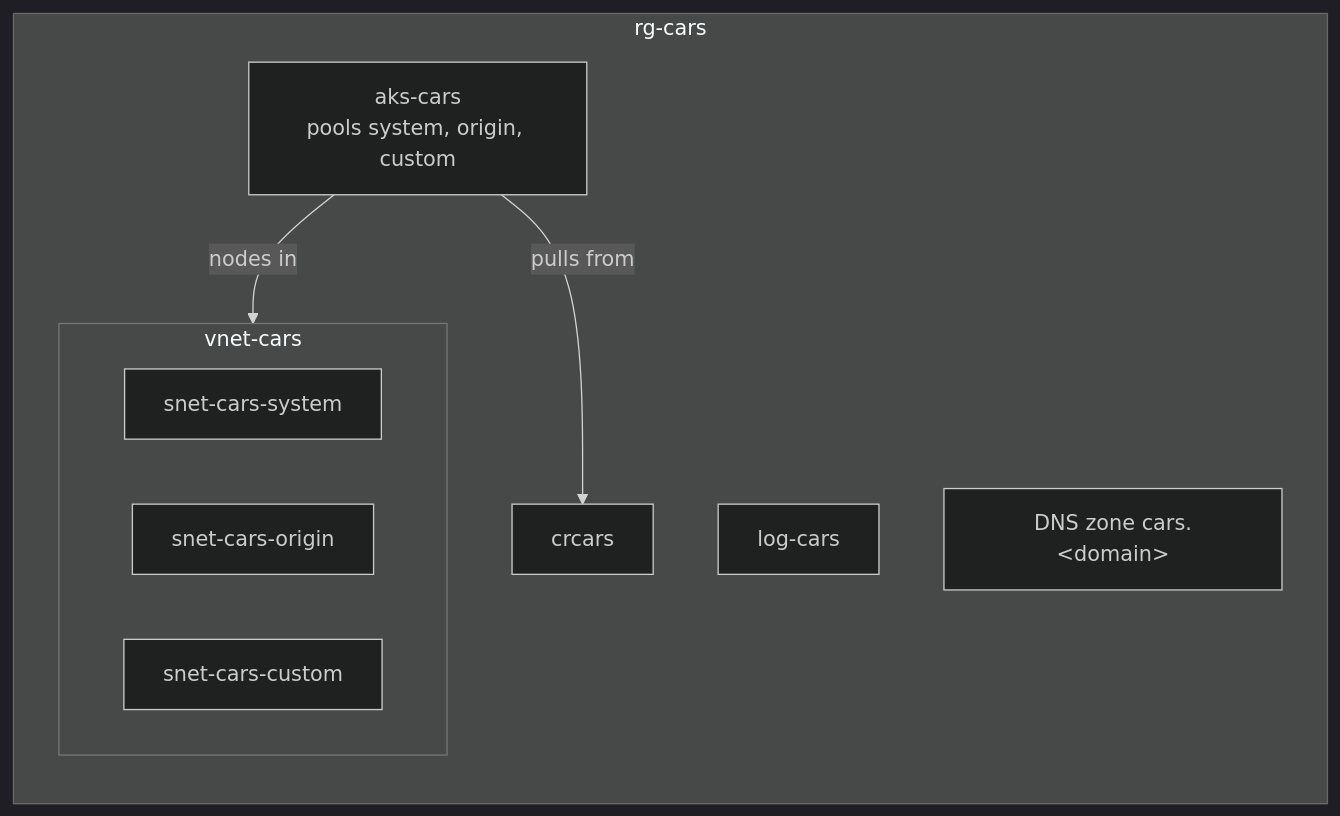
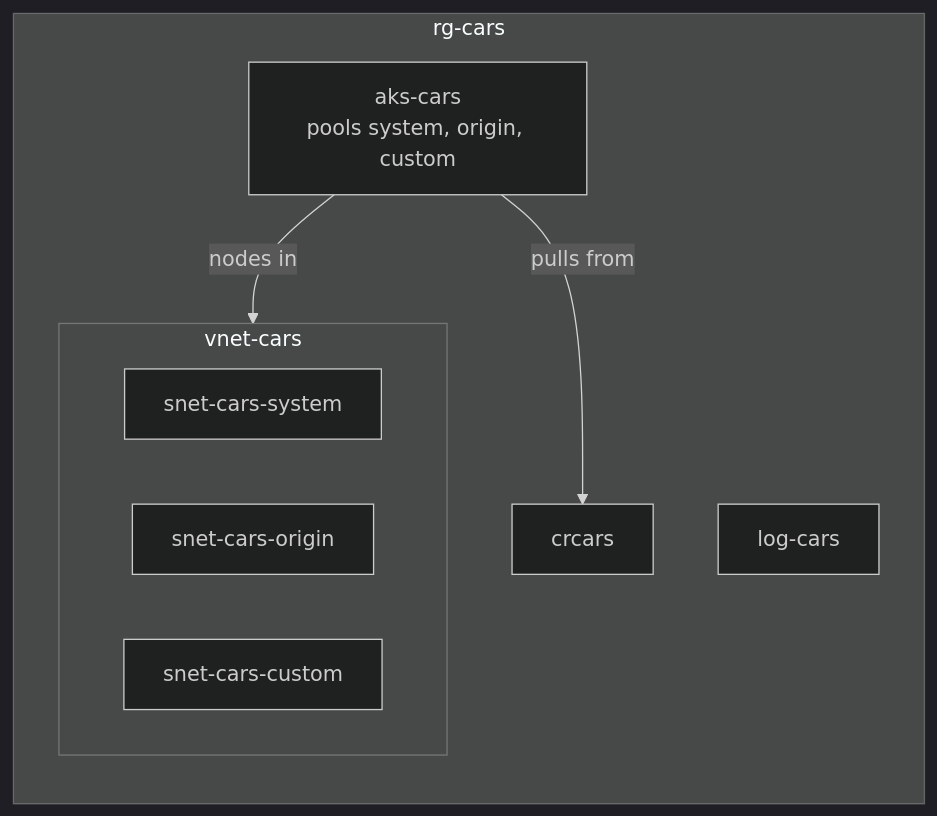
One commit to cars-world/cars-infra changed the diagram in README.md. Above: the diagram before and after it, drawn with Mermaid (dark theme). The commit also changed other lines of this file and 9 other files, not shown here.

````diff
--- a/README.md
+++ b/README.md
@@ -44,16 +44,15 @@
 ```mermaid
 flowchart LR
   subgraph rg["rg-cars"]
     log["log-cars"]
     cr["crcars"]
-    dns["DNS zone cars.&lt;domain&gt;"]
     subgraph vnet["vnet-cars"]
       sys["snet-cars-system"]
       ori["snet-cars-origin"]
       cus["snet-cars-custom"]
     end
     aks["aks-cars<br/>pools system, origin, custom"]
   end
   aks -- "nodes in" --> vnet
   aks -- "pulls from" --> cr
 ```
````
